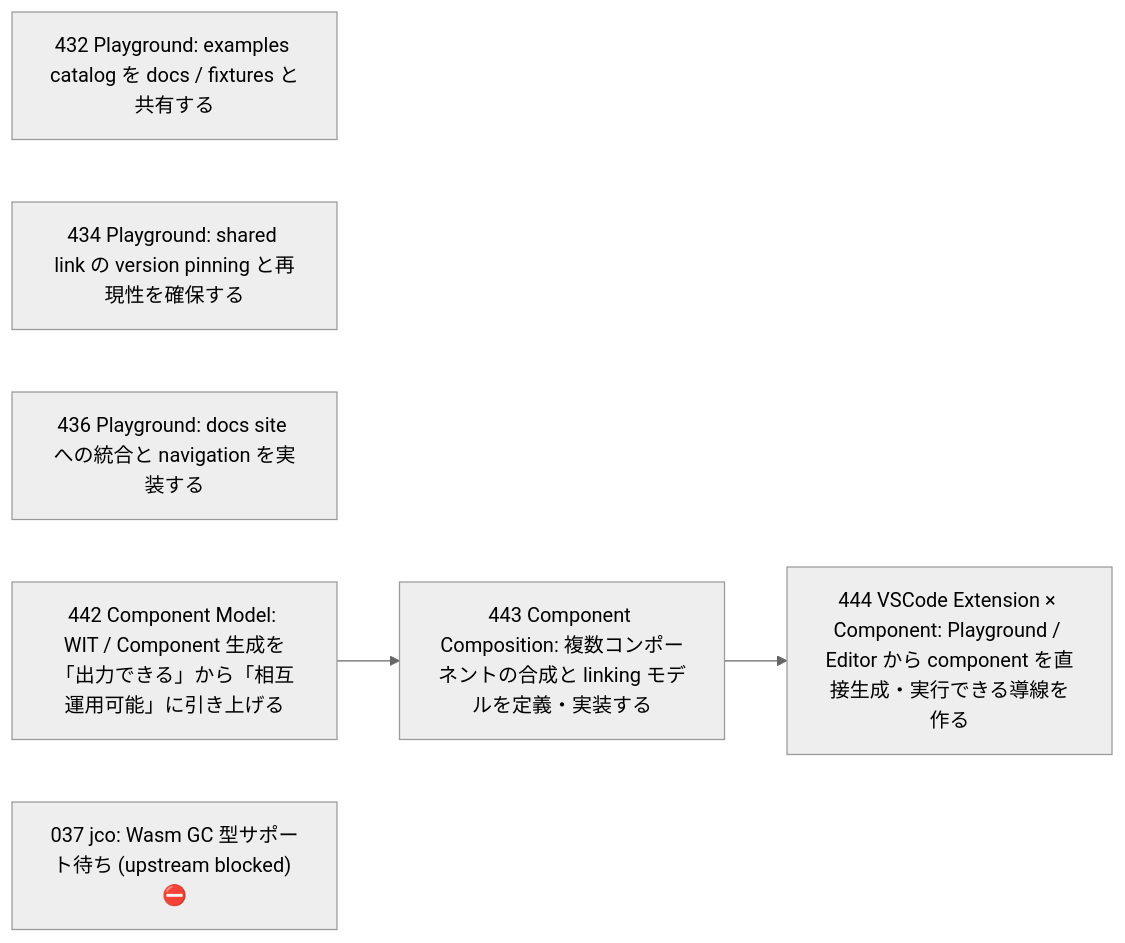
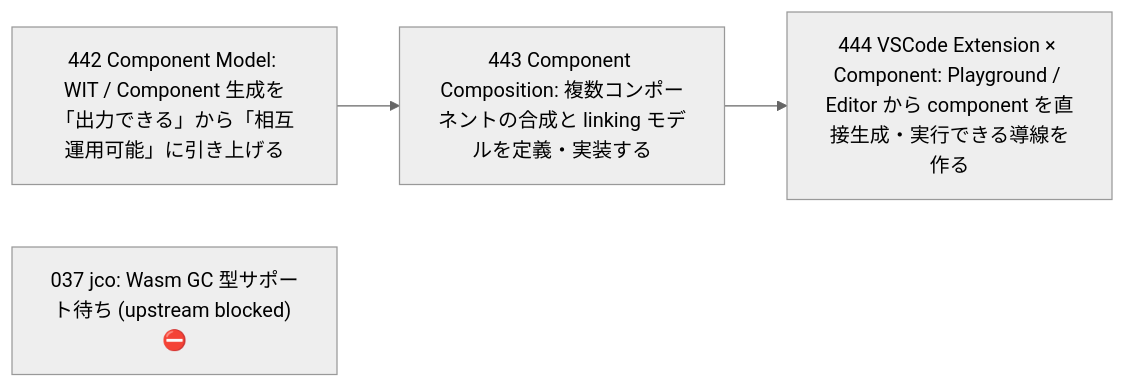
The diagram in issues/open/dependency-graph.md (wogikaze/arukellt), drawn with Mermaid (neutral theme) before and after one commit. The commit also changed other lines of this file and 4 other files, not shown here.

````diff
--- a/issues/open/dependency-graph.md
+++ b/issues/open/dependency-graph.md
@@ -7,12 +7,9 @@
 ```mermaid
 graph LR
-  I432["432 Playground: examples catalog を docs / fixtures と共有する"]
-  I434["434 Playground: shared link の version pinning と再現性を確保する"]
-  I436["436 Playground: docs site への統合と navigation を実装する"]
   I442["442 Component Model: WIT / Component 生成を「出力できる」から「相互運用可能」に引き上げる"]
   I443["443 Component Composition: 複数コンポーネントの合成と linking モデルを定義・実装する"]
   I444["444 VSCode Extension × Component: Playground / Editor から component を直接生成・実行できる導線を作る"]
   I037["037 jco: Wasm GC 型サポート待ち (upstream blocked) ⛔"]
   I442 --> I443
   I443 --> I444
 ```
````
